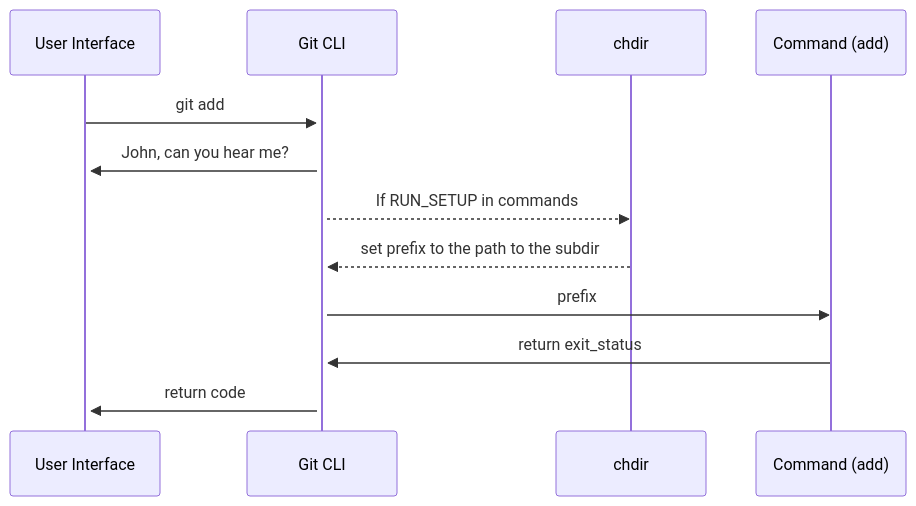
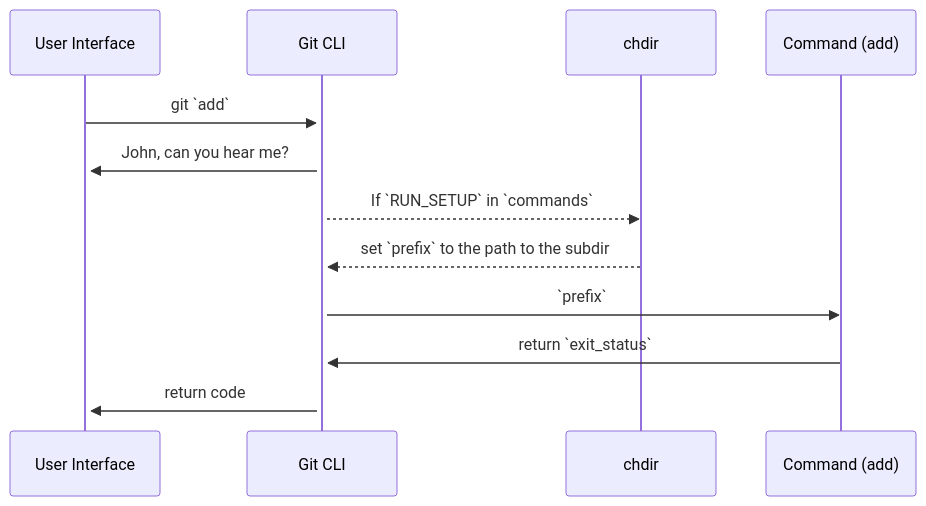
Before and after one commit to swimmio/git-src-playground: the diagram in .swm/adding-a-command.JLzge.sw.md, drawn with Mermaid. The commit also changed other lines of this file, not shown here.

````diff
--- a/.swm/adding-a-command.JLzge.sw.md
+++ b/.swm/adding-a-command.JLzge.sw.md
@@ -137,10 +137,10 @@
 ```mermaid
 sequenceDiagram
-User Interface->>+Git CLI: git add
+User Interface->>+Git CLI: git `add`
 Git CLI->>+User Interface: John, can you hear me?
-Git CLI-->>chdir: If RUN_SETUP in commands
-chdir-->>Git CLI: set prefix to the path to the subdir
-Git CLI->>Command (add): prefix
-Command (add)->>Git CLI: return exit_status
+Git CLI-->>chdir: If `RUN_SETUP` in `commands`
+chdir-->>Git CLI: set `prefix` to the path to the subdir
+Git CLI->>Command (add): `prefix`
+Command (add)->>Git CLI: return `exit_status`
 Git CLI->>+User Interface: return code
 ```
````
